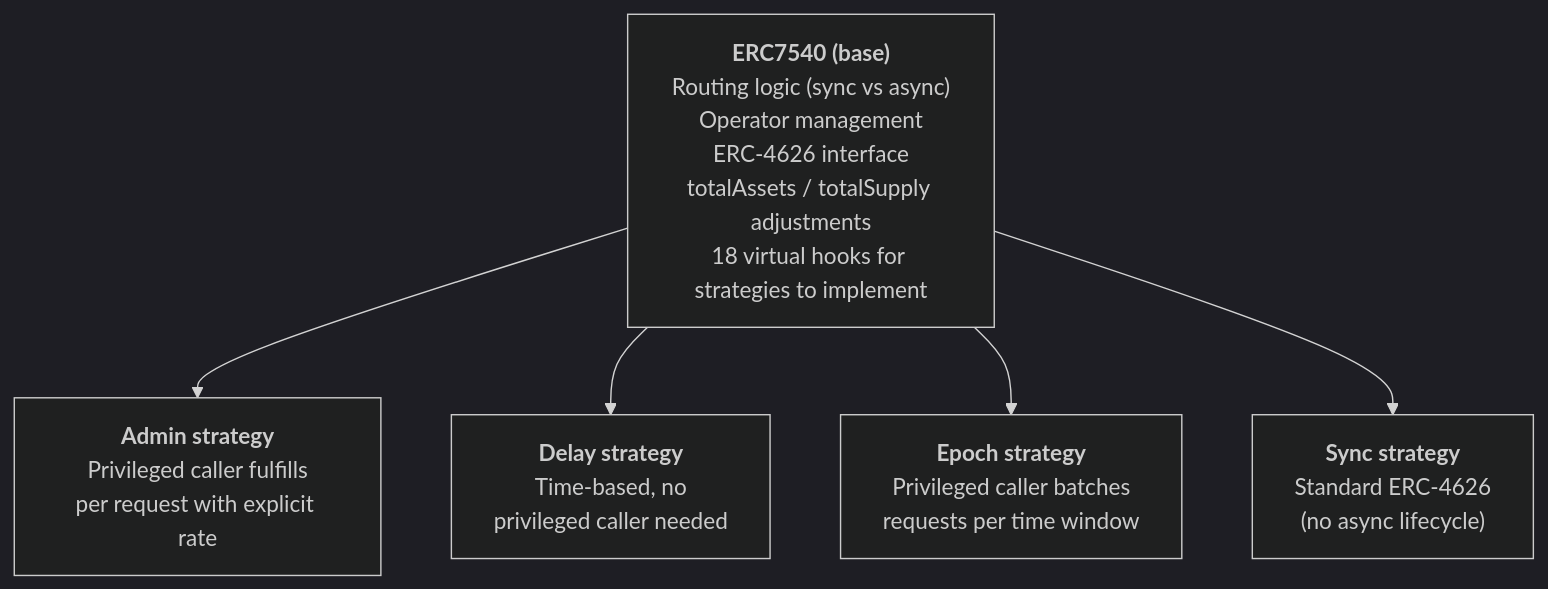
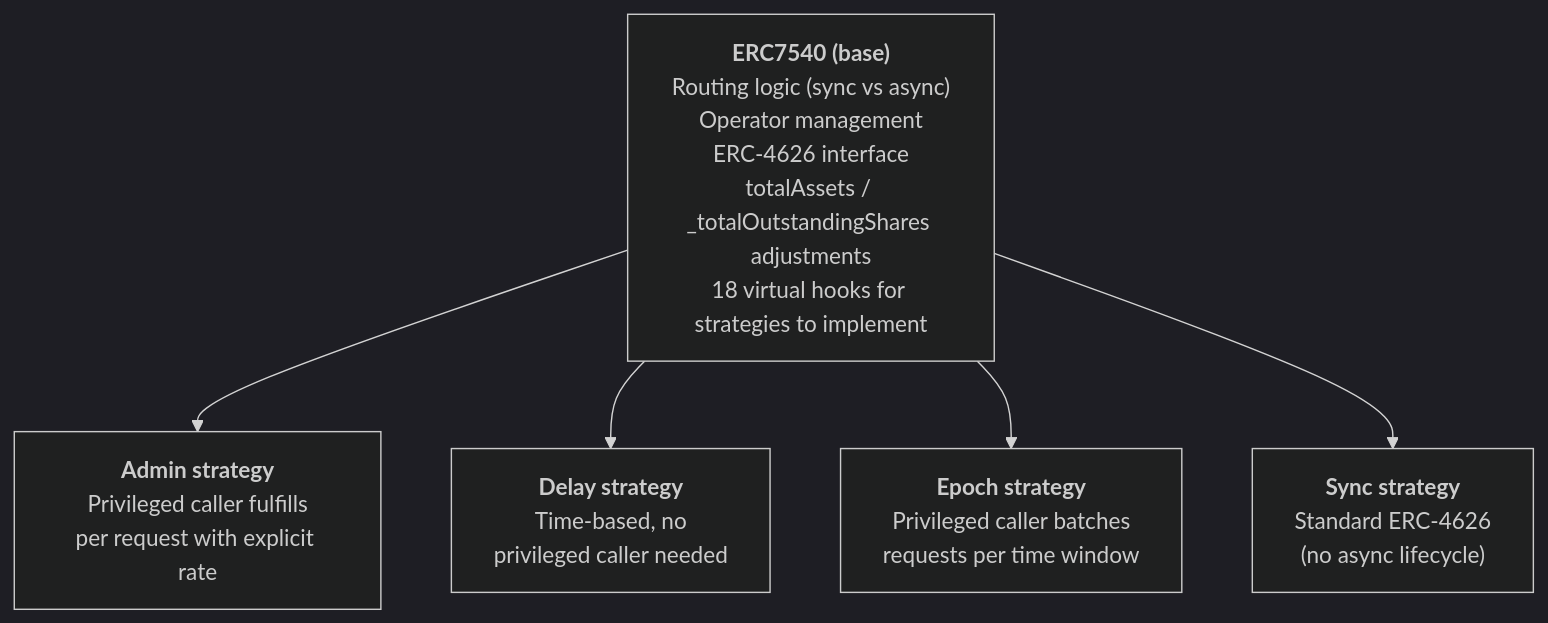
One commit to OpenZeppelin/openzeppelin-community-contracts changed the second of 5 diagrams in docs/modules/ROOT/pages/erc7540.adoc. Above: the diagram before and after it, drawn with Mermaid (dark theme). The commit also changed other lines of this file and 6 other files, not shown here.

First line of the commit message:
ERC7540: keep totalSupply equal to the sum of ERC-20 balances

````diff
--- a/docs/modules/ROOT/pages/erc7540.adoc
+++ b/docs/modules/ROOT/pages/erc7540.adoc
@@ -59,8 +59,8 @@
 ```mermaid
 flowchart TD
-    Base["<b>ERC7540 (base)</b><br/>Routing logic (sync vs async)<br/>Operator management<br/>ERC-4626 interface<br/>totalAssets / totalSupply adjustments<br/>18 virtual hooks for strategies to implement"]
+    Base["<b>ERC7540 (base)</b><br/>Routing logic (sync vs async)<br/>Operator management<br/>ERC-4626 interface<br/>totalAssets / _totalOutstandingShares adjustments<br/>18 virtual hooks for strategies to implement"]
     Base --> Admin["<b>Admin strategy</b><br/>Privileged caller fulfills<br/>per request with explicit rate"]
     Base --> Delay["<b>Delay strategy</b><br/>Time-based, no<br/>privileged caller needed"]
     Base --> Epoch["<b>Epoch strategy</b><br/>Privileged caller batches<br/>requests per time window"]
     Base --> Sync["<b>Sync strategy</b><br/>Standard ERC-4626<br/>(no async lifecycle)"]
 ```
````
